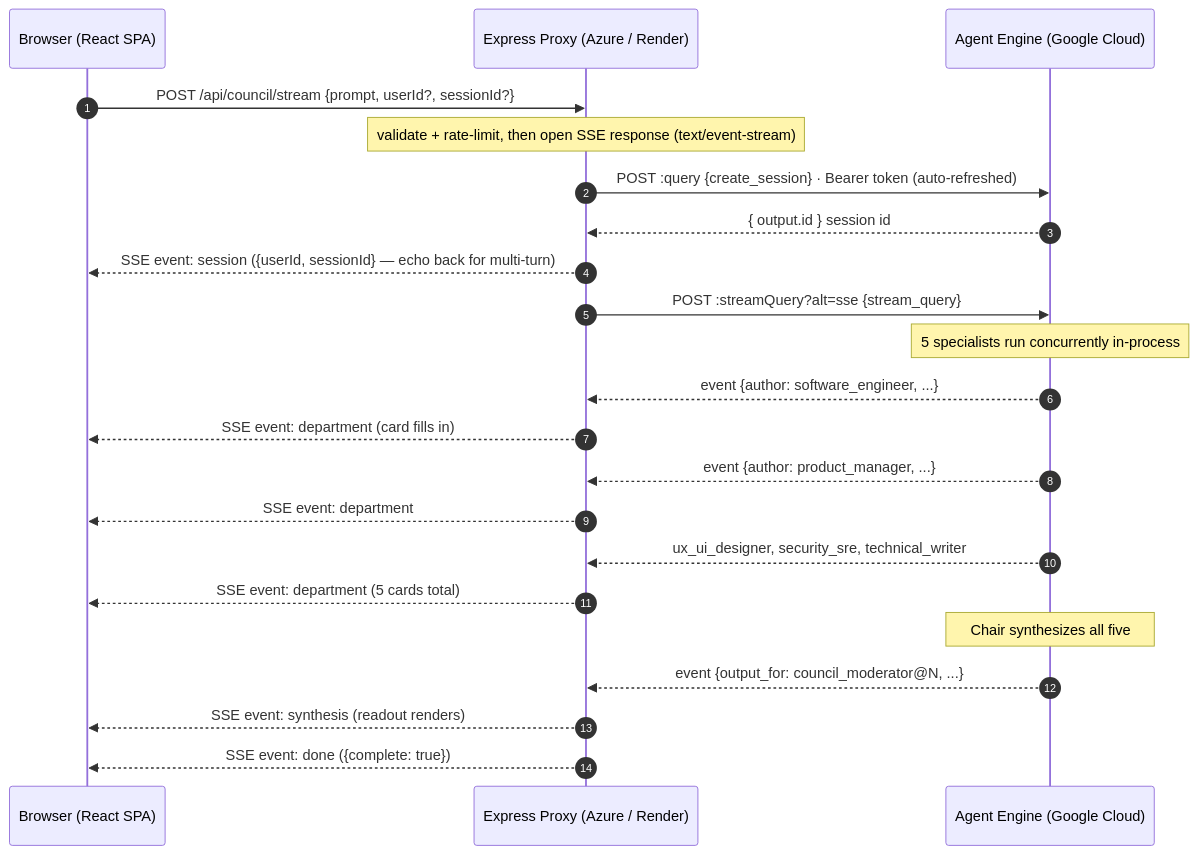
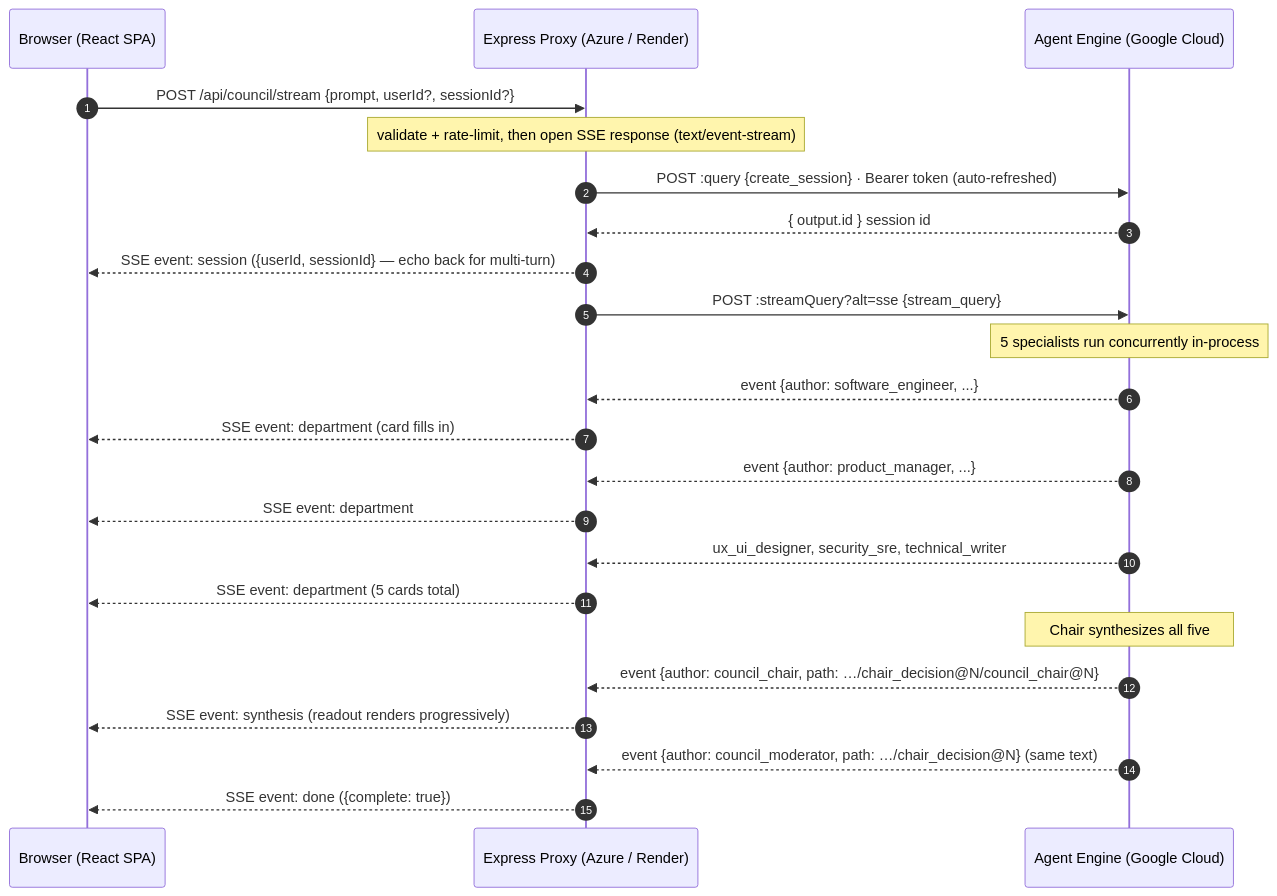
One commit to simonraj79/council-frontend-render-test changed the second of 3 diagrams in ARCHITECTURE.md. Above: the diagram before and after it, drawn with Mermaid. The commit also changed other lines of this file and 13 other files, not shown here.

````diff
--- a/ARCHITECTURE.md
+++ b/ARCHITECTURE.md
@@ -55,25 +55,26 @@
 ```mermaid
 sequenceDiagram
     autonumber
     participant B as Browser (React SPA)
     participant P as Express Proxy (Azure / Render)
     participant A as Agent Engine (Google Cloud)
 
     B->>P: POST /api/council/stream {prompt, userId?, sessionId?}
     Note over P: validate + rate-limit, then open SSE response (text/event-stream)
     P->>A: POST :query {create_session}  ·  Bearer token (auto-refreshed)
     A-->>P: { output.id }  session id
     P-->>B: SSE event: session   ({userId, sessionId} — echo back for multi-turn)
     P->>A: POST :streamQuery?alt=sse {stream_query}
     Note over A: 5 specialists run concurrently in-process
     A-->>P: event {author: software_engineer, ...}
     P-->>B: SSE event: department   (card fills in)
     A-->>P: event {author: product_manager, ...}
     P-->>B: SSE event: department
     A-->>P: ux_ui_designer, security_sre, technical_writer
     P-->>B: SSE event: department   (5 cards total)
     Note over A: Chair synthesizes all five
-    A-->>P: event {output_for: council_moderator@N, ...}
-    P-->>B: SSE event: synthesis   (readout renders)
+    A-->>P: event {author: council_chair, path: …/chair_decision@N/council_chair@N}
+    P-->>B: SSE event: synthesis   (readout renders progressively)
+    A-->>P: event {author: council_moderator, path: …/chair_decision@N}  (same text)
     P-->>B: SSE event: done   ({complete: true})
 ```
````
